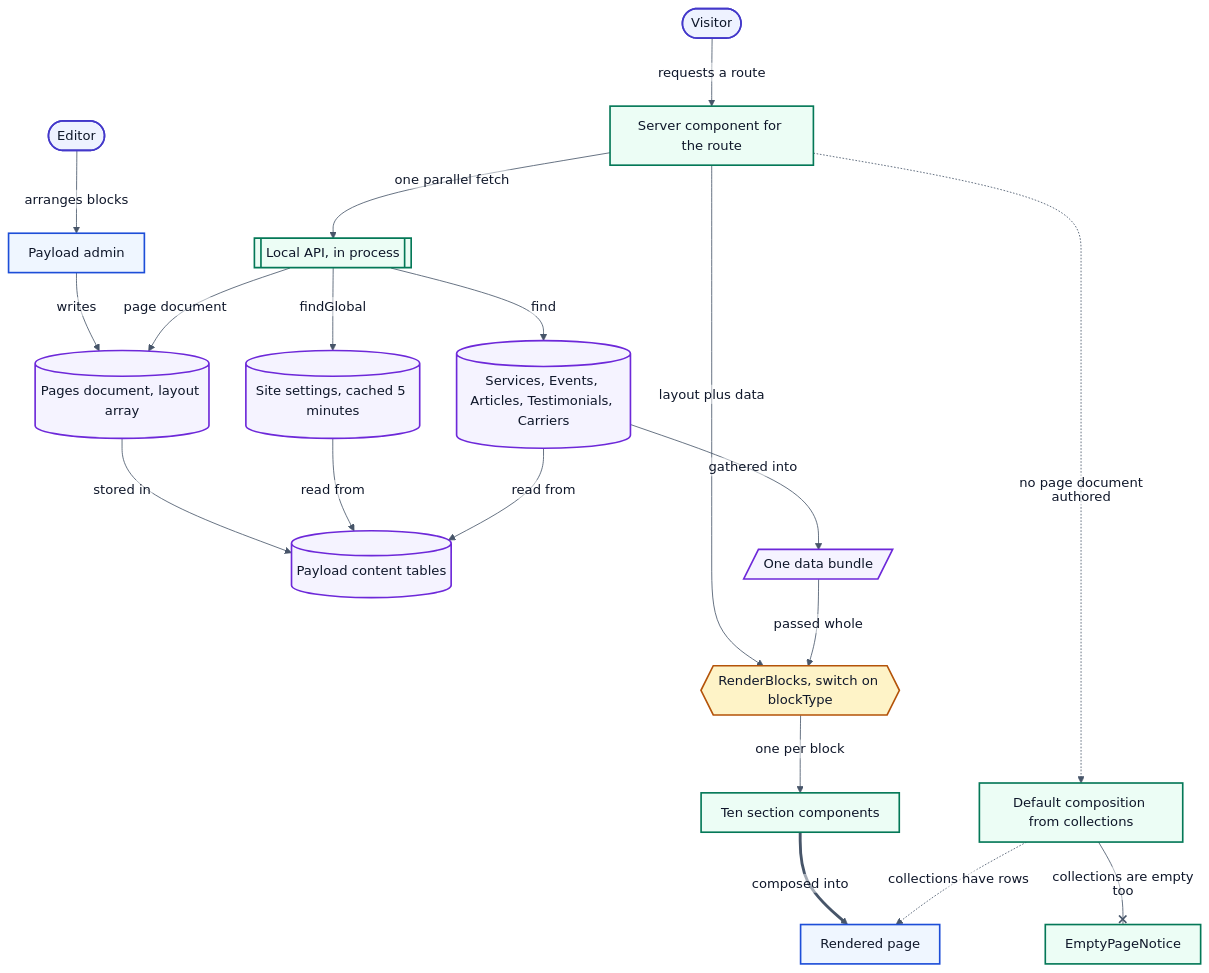
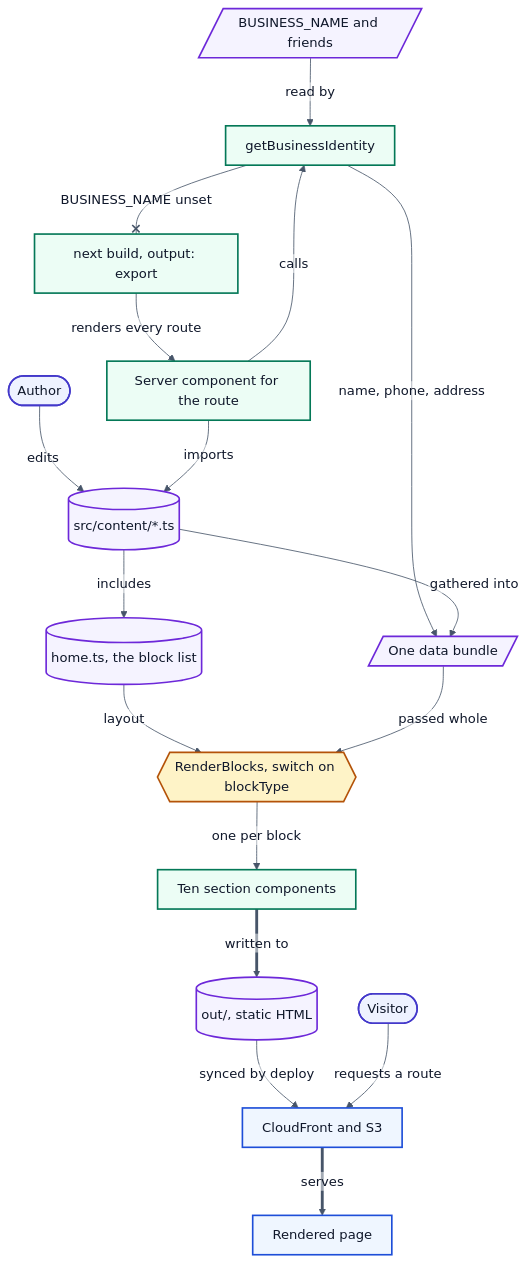
Before and after one commit to marc-mccarthy/legacy-benefits-mn: the diagram in docs/diagrams/D2-render-path.mmd, drawn with Mermaid. The commit also changed 1263 other files, not shown here.

```diff
--- a/docs/diagrams/D2-render-path.mmd
+++ b/docs/diagrams/D2-render-path.mmd
@@ -1,66 +1,60 @@
 %%{init: {"theme":"base","themeVariables":{"fontFamily":"Helvetica Neue, Helvetica, Arial, sans-serif","fontSize":"16px","textColor":"#0F172A","background":"#FFFFFF","lineColor":"#475569","mainBkg":"#EFF6FF","nodeBorder":"#1D4ED8","primaryColor":"#EFF6FF","primaryBorderColor":"#1D4ED8","primaryTextColor":"#0F172A","secondaryColor":"#F1F5F9","secondaryBorderColor":"#475569","secondaryTextColor":"#0F172A","tertiaryColor":"#F8FAFC","tertiaryBorderColor":"#CBD5E1","tertiaryTextColor":"#0F172A","clusterBkg":"#F8FAFC","clusterBorder":"#CBD5E1","edgeLabelBackground":"#FFFFFF","actorBkg":"#EEF2FF","actorBorder":"#4338CA","actorTextColor":"#0F172A","signalColor":"#475569","signalTextColor":"#0F172A","noteBkgColor":"#FEF3C7","noteBorderColor":"#B45309","noteTextColor":"#0F172A","activationBkgColor":"#ECFDF5","activationBorderColor":"#047857","labelBoxBkgColor":"#FEF3C7","labelBoxBorderColor":"#B45309","sequenceNumberColor":"#FFFFFF"},"flowchart":{"htmlLabels":false,"curve":"basis","nodeSpacing":45,"rankSpacing":60,"padding":12},"sequence":{"useMaxWidth":false,"htmlLabels":false,"mirrorActors":false,"wrap":true,"width":190}}}%%
 flowchart TB
-accTitle: How an editor's page in the CMS becomes a rendered page
+accTitle: How an authored content module becomes a rendered page
 accDescr {
-  A top-to-bottom map of one page render. An editor arranges blocks in the Payload
-  admin, which stores them as a layout array on a Pages document. When a visitor
-  asks for a route, the server component fetches everything it needs in parallel
-  through the Local API, which runs in process rather than over HTTP. Site
-  settings are cached for five minutes under a tag; the collection queries are
-  not. The fetched documents are handed to the block renderer as a single data
-  bundle, so an editor adding blocks cannot change how many queries the page runs.
-  The renderer switches on each block's type and returns the matching section
-  component. Ten block types are defined and all ten are handled. If no page
-  document exists for the route, the page falls back to a default composition
-  built from the collections, and only when those are empty too does it show the
-  empty-page notice.
+  A top-to-bottom map of one page render. Content is authored as TypeScript
+  modules under src/content. At build time the route's server component imports
+  the modules it needs, resolves the business identity from the environment, and
+  gathers the collections into a single data bundle. The home page's block list
+  comes from home.ts. The renderer switches on each block's type and returns the
+  matching section component; ten block types are defined and all ten are
+  handled. Because next.config sets output export, every route is rendered once
+  during the build into out/ and deployed as static files — no request reaches a
+  database, and there is no runtime content fetch to cache.
 }
 
-editor([Editor])
-admin["Payload admin"]
-pagesDoc[("Pages document, layout array")]
-contentTables[("Payload content tables")]
-visitor([Visitor])
+author([Author])
+contentModules[("src/content/*.ts")]
+homeBlocks[("home.ts, the block list")]
+env[/"BUSINESS_NAME and friends"/]
+build["next build, output: export"]
 route["Server component for the route"]
-localApi[["Local API, in process"]]
-siteSettings[("Site settings, cached 5 minutes")]
-collections[("Services, Events, Articles, Testimonials, Carriers")]
+identity["getBusinessIdentity"]
 blockData[/"One data bundle"/]
 renderBlocks{{"RenderBlocks, switch on blockType"}}
 sections["Ten section components"]
-fallback["Default composition from collections"]
-emptyNotice["EmptyPageNotice"]
+out[("out/, static HTML")]
+visitor([Visitor])
+cdn["CloudFront and S3"]
 html[Rendered page]
 
-editor -->|arranges blocks| admin
-admin -->|writes| pagesDoc
-pagesDoc -->|stored in| contentTables
-visitor -->|requests a route| route
-route -->|one parallel fetch| localApi
-localApi -->|findGlobal| siteSettings
-localApi -->|find| collections
-siteSettings -->|read from| contentTables
-collections -->|read from| contentTables
-localApi -->|page document| pagesDoc
-collections -->|gathered into| blockData
-route -->|layout plus data| renderBlocks
+author -->|edits| contentModules
+contentModules -->|includes| homeBlocks
+build -->|renders every route| route
+route -->|imports| contentModules
+route -->|calls| identity
+env -->|read by| identity
+identity -->|name, phone, address| blockData
+contentModules -->|gathered into| blockData
+homeBlocks -->|layout| renderBlocks
 blockData -->|passed whole| renderBlocks
 renderBlocks -->|one per block| sections
-sections ==>|composed into| html
-route -.->|no page document authored| fallback
-fallback -.->|collections have rows| html
-fallback --x|collections are empty too| emptyNotice
+sections ==>|written to| out
+out -->|synced by deploy| cdn
+visitor -->|requests a route| cdn
+cdn ==>|serves| html
+identity --x|BUSINESS_NAME unset| build
 
 classDef human    fill:#EEF2FF,stroke:#4338CA,stroke-width:2px,color:#0F172A
 classDef client   fill:#EFF6FF,stroke:#1D4ED8,stroke-width:2px,color:#0F172A
 classDef ours     fill:#ECFDF5,stroke:#047857,stroke-width:2px,color:#0F172A
 classDef guard    fill:#FEF3C7,stroke:#B45309,stroke-width:2px,color:#0F172A
 classDef vendor   fill:#F1F5F9,stroke:#475569,stroke-width:2px,color:#0F172A
 classDef phi      fill:#FEE2E2,stroke:#B91C1C,stroke-width:2px,color:#0F172A
 classDef artifact fill:#F5F3FF,stroke:#6D28D9,stroke-width:2px,color:#0F172A
 
-class editor,visitor human
-class admin,html client
-class route,localApi,sections,fallback,emptyNotice ours
+class author,visitor human
+class cdn,html client
+class build,route,identity,sections ours
 class renderBlocks guard
-class pagesDoc,contentTables,siteSettings,collections,blockData artifact
+class contentModules,homeBlocks,env,blockData,out artifact
```
